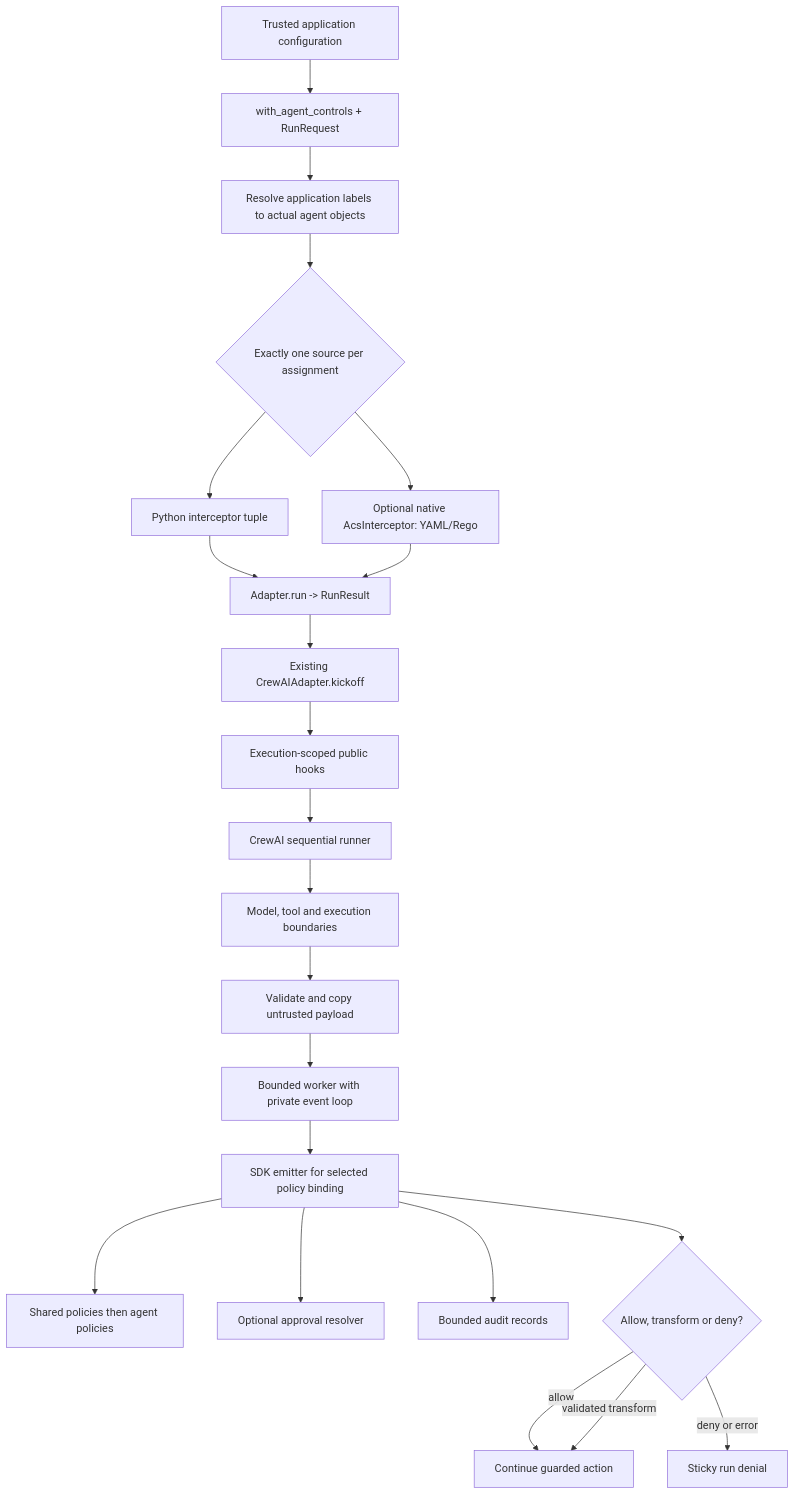
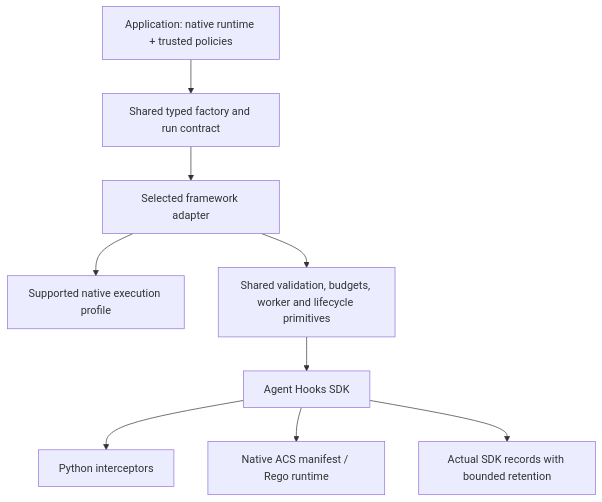
One commit to prayagupa/agent-control-adapters changed the diagram in docs/architecture.md. Above: the diagram before and after it, drawn with Mermaid. The commit also changed other lines of this file and 62 other files, not shown here.

First line of the commit message:
feat(crewai): prepare governed Python packages for source use

````diff
--- a/docs/architecture.md
+++ b/docs/architecture.md
@@ -24,24 +9,11 @@
 ```mermaid
 flowchart TB
-    App["Trusted application configuration"] --> API["with_agent_controls + RunRequest"]
-    API --> Bind["Resolve application labels to actual agent objects"]
-    Bind --> Source{"Exactly one source per assignment"}
-    Source --> Native["Python interceptor tuple"]
-    Source --> ACS["Optional native AcsInterceptor: YAML/Rego"]
-    Native --> Run["Adapter.run -> RunResult"]
-    ACS --> Run
-    Run --> Adapter["Existing CrewAIAdapter.kickoff"]
-    Adapter --> Scope["Execution-scoped public hooks"]
-    Scope --> Crew["CrewAI sequential runner"]
-    Crew --> Hook["Model, tool and execution boundaries"]
-    Hook --> Validate["Validate and copy untrusted payload"]
-    Validate --> Worker["Bounded worker with private event loop"]
-    Worker --> Emitter["SDK emitter for selected policy binding"]
-    Emitter --> Policy["Shared policies then agent policies"]
-    Emitter --> Approval["Optional approval resolver"]
-    Emitter --> Records["Bounded audit records"]
-    Emitter --> Verdict{"Allow, transform or deny?"}
-    Verdict -->|allow| Execute["Continue guarded action"]
-    Verdict -->|validated transform| Execute
-    Verdict -->|deny or error| Abort["Sticky run denial"]
+    App["Application: native runtime + trusted policies"] --> API["Shared typed factory and run contract"]
+    API --> Adapter["Selected framework adapter"]
+    Adapter --> Native["Supported native execution profile"]
+    Adapter --> Core["Shared validation, budgets, worker and lifecycle primitives"]
+    Core --> SDK["Agent Hooks SDK"]
+    SDK --> Python["Python interceptors"]
+    SDK --> ACS["Native ACS manifest / Rego runtime"]
+    SDK --> Audit["Actual SDK records with bounded retention"]
 ```
````
